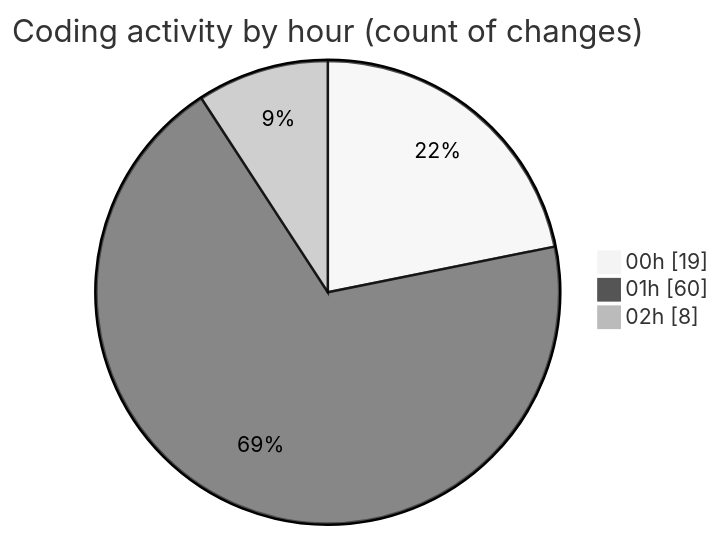
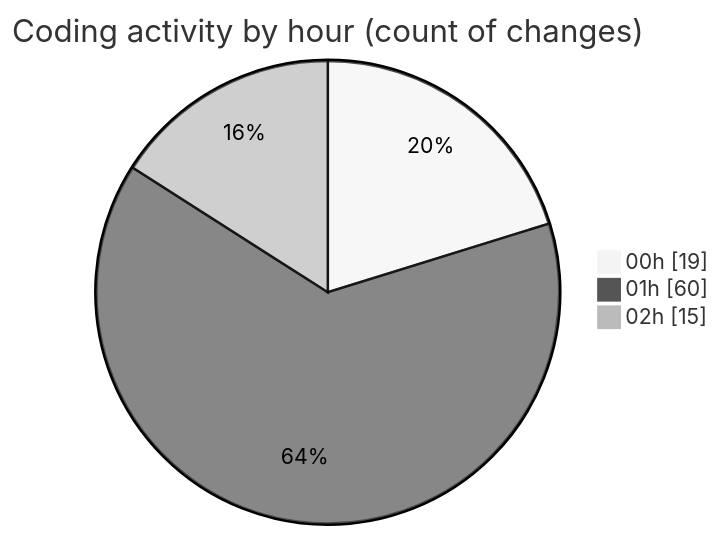
Before and after one commit to lephambinh05/code-tracking: the second of 2 diagrams in 2025-07-25/quanlyrapchieuphim-1/README.md, drawn with Mermaid (neutral theme). The commit also changed other lines of this file and 1 other file, not shown here.

````diff
--- a/2025-07-25/quanlyrapchieuphim-1/README.md
+++ b/2025-07-25/quanlyrapchieuphim-1/README.md
@@ -33,7 +33,7 @@
 ```mermaid
 pie showData
 title Coding activity by hour (count of changes)
 "00h" : 19
 "01h" : 60
-"02h" : 8
+"02h" : 15
 ```
````
